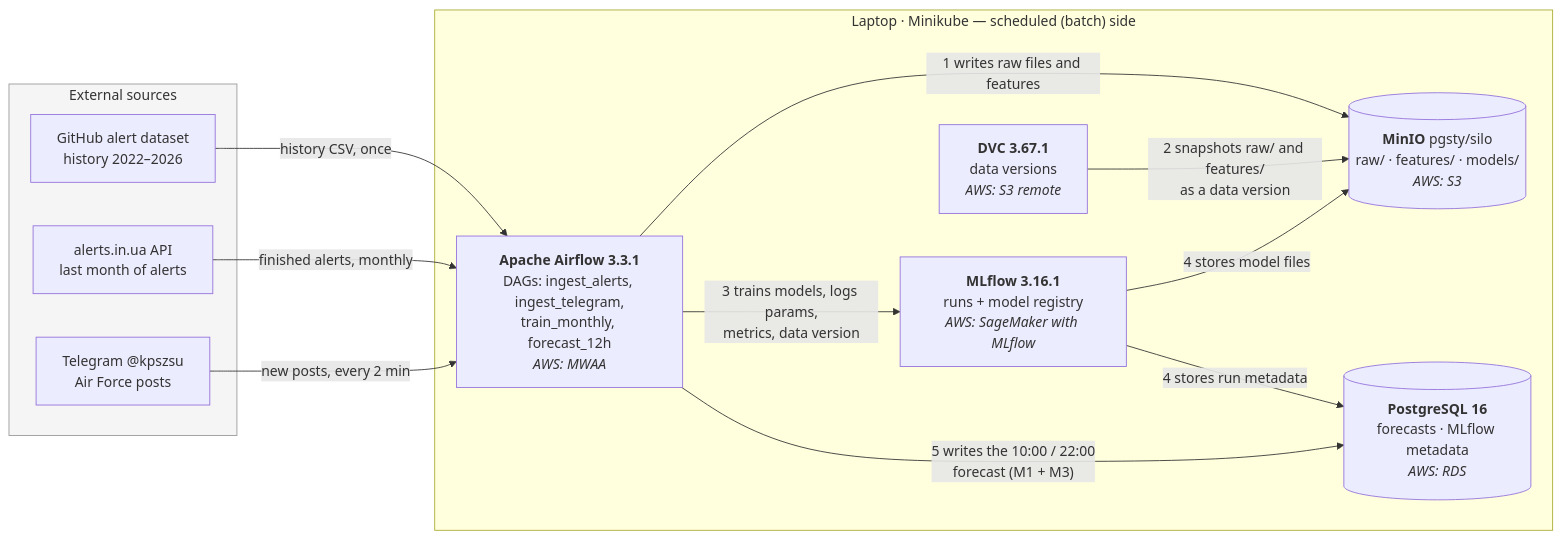
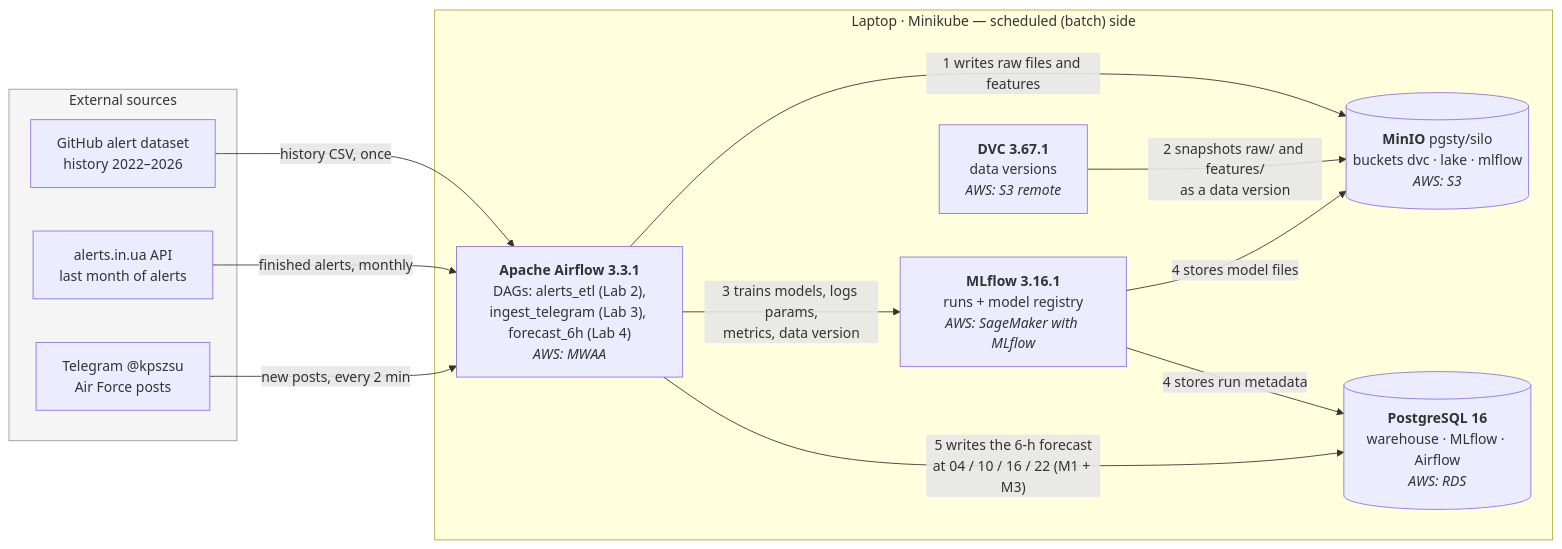
Before and after one commit to kvitoslava-yarish/mlops-2026: the third of 4 diagrams in docs/design.md, drawn with Mermaid. The commit also changed other lines of this file and 60 other files, not shown here.

````diff
--- a/docs/design.md
+++ b/docs/design.md
@@ -310,25 +363,25 @@
 ```mermaid
 flowchart LR
     subgraph src["External sources"]
         gh["GitHub alert dataset<br/>history 2022–2026"]
         aiu["alerts.in.ua API<br/>last month of alerts"]
         tg["Telegram @kpszsu<br/>Air Force posts"]
     end
     subgraph laptop["Laptop · Minikube — scheduled (batch) side"]
-        af["<b>Apache Airflow 3.3.1</b><br/>DAGs: ingest_alerts, ingest_telegram,<br/>train_monthly, forecast_12h<br/><i>AWS: MWAA</i>"]
-        minio[("<b>MinIO</b> pgsty/silo<br/>raw/ · features/ · models/<br/><i>AWS: S3</i>")]
+        af["<b>Apache Airflow 3.3.1</b><br/>DAGs: alerts_etl (Lab 2),<br/>ingest_telegram (Lab 3), forecast_6h (Lab 4)<br/><i>AWS: MWAA</i>"]
+        minio[("<b>MinIO</b> pgsty/silo<br/>buckets dvc · lake · mlflow<br/><i>AWS: S3</i>")]
         dvc["<b>DVC 3.67.1</b><br/>data versions<br/><i>AWS: S3 remote</i>"]
         mlf["<b>MLflow 3.16.1</b><br/>runs + model registry<br/><i>AWS: SageMaker with MLflow</i>"]
-        pg[("<b>PostgreSQL 16</b><br/>forecasts · MLflow metadata<br/><i>AWS: RDS</i>")]
+        pg[("<b>PostgreSQL 16</b><br/>warehouse · MLflow · Airflow<br/><i>AWS: RDS</i>")]
     end
     gh -- "history CSV, once" --> af
     aiu -- "finished alerts, monthly" --> af
     tg -- "new posts, every 2 min" --> af
     af -- "1 writes raw files and features" --> minio
     dvc -- "2 snapshots raw/ and features/<br/>as a data version" --> minio
     af -- "3 trains models, logs params,<br/>metrics, data version" --> mlf
     mlf -- "4 stores model files" --> minio
     mlf -- "4 stores run metadata" --> pg
-    af -- "5 writes the 10:00 / 22:00<br/>forecast (M1 + M3)" --> pg
+    af -- "5 writes the 6-h forecast<br/>at 04 / 10 / 16 / 22 (M1 + M3)" --> pg
     style src fill:#f5f5f5,stroke:#999
 ```
````
